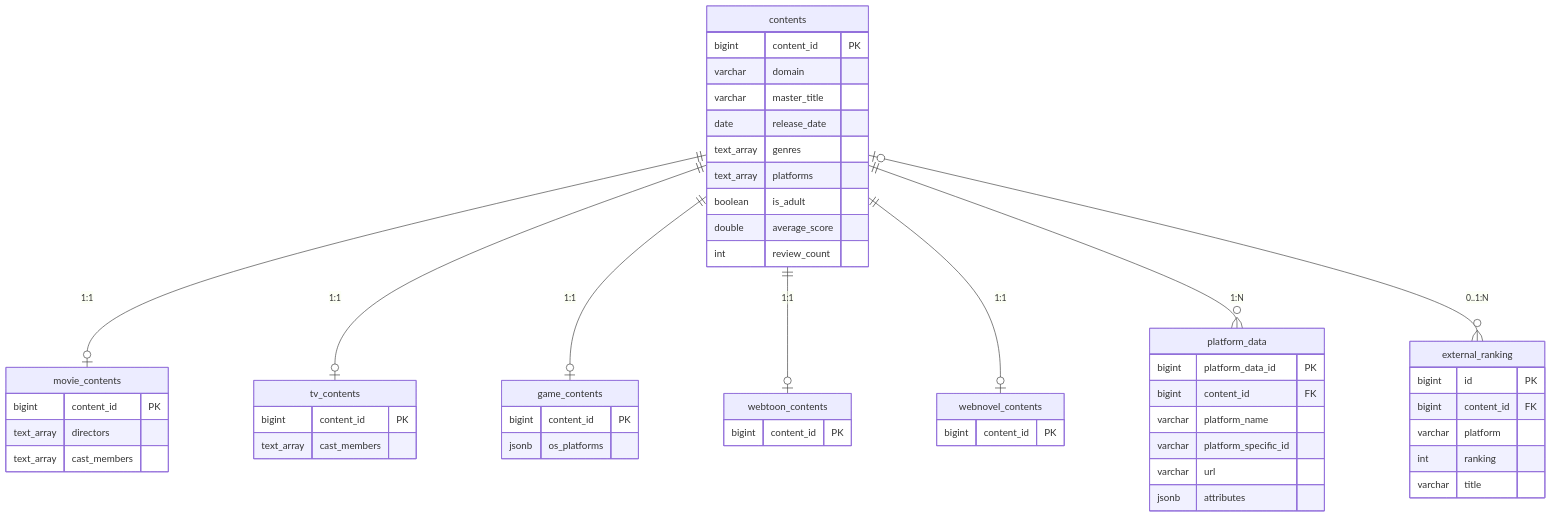
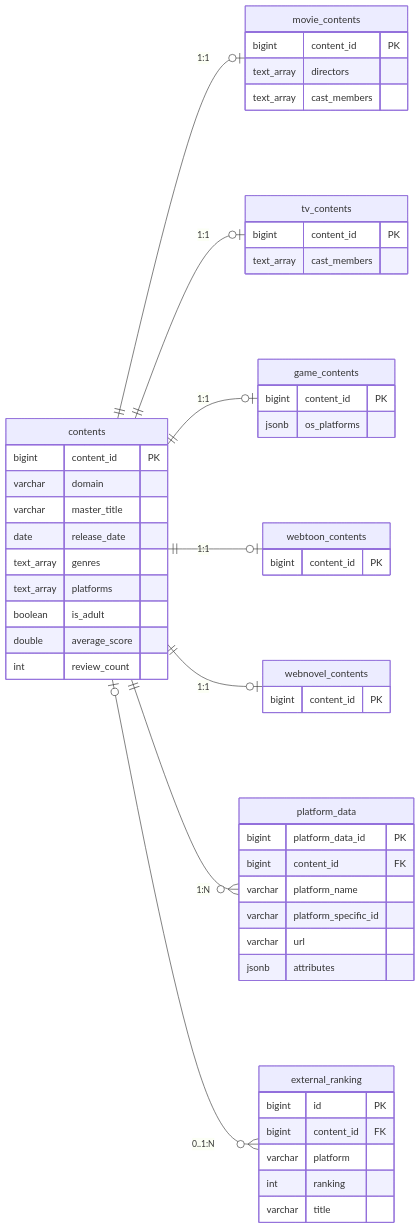
The first of 5 diagrams in README.md (AOD-All-of-Dopamine/-AOD-All-of-Dopamine-back), drawn with Mermaid before and after one commit.

Commit message:
docs: 카탈로그 ERD 가로 배치 — GitHub 에서 읽히도록 direction LR
GitHub 의 Mermaid 는 init 지시어의 er.layoutDirection 을 무시해
자식 테이블 7개가 한 줄로 퍼지고 글자가 읽히지 않았다.
erDiagram 의 direction LR 문으로 바꾼다 (PR 미리보기로 확인).

````diff
--- a/README.md
+++ b/README.md
@@ -109,57 +109,57 @@
 ```mermaid
-%%{init: {"er": {"layoutDirection": "LR"}}}%%
 erDiagram
+    direction LR
     contents ||--o| movie_contents : "1:1"
     contents ||--o| tv_contents : "1:1"
     contents ||--o| game_contents : "1:1"
     contents ||--o| webtoon_contents : "1:1"
     contents ||--o| webnovel_contents : "1:1"
     contents ||--o{ platform_data : "1:N"
     contents |o--o{ external_ranking : "0..1:N"
 
     contents {
         bigint content_id PK
         varchar domain
         varchar master_title
         date release_date
         text_array genres
         text_array platforms
         boolean is_adult
         double average_score
         int review_count
     }
     movie_contents {
         bigint content_id PK
         text_array directors
         text_array cast_members
     }
     tv_contents {
         bigint content_id PK
         text_array cast_members
     }
     game_contents {
         bigint content_id PK
         jsonb os_platforms
     }
     webtoon_contents {
         bigint content_id PK
     }
     webnovel_contents {
         bigint content_id PK
     }
     platform_data {
         bigint platform_data_id PK
         bigint content_id FK
         varchar platform_name
         varchar platform_specific_id
         varchar url
         jsonb attributes
     }
     external_ranking {
         bigint id PK
         bigint content_id FK
         varchar platform
         int ranking
         varchar title
     }
 ```
````
